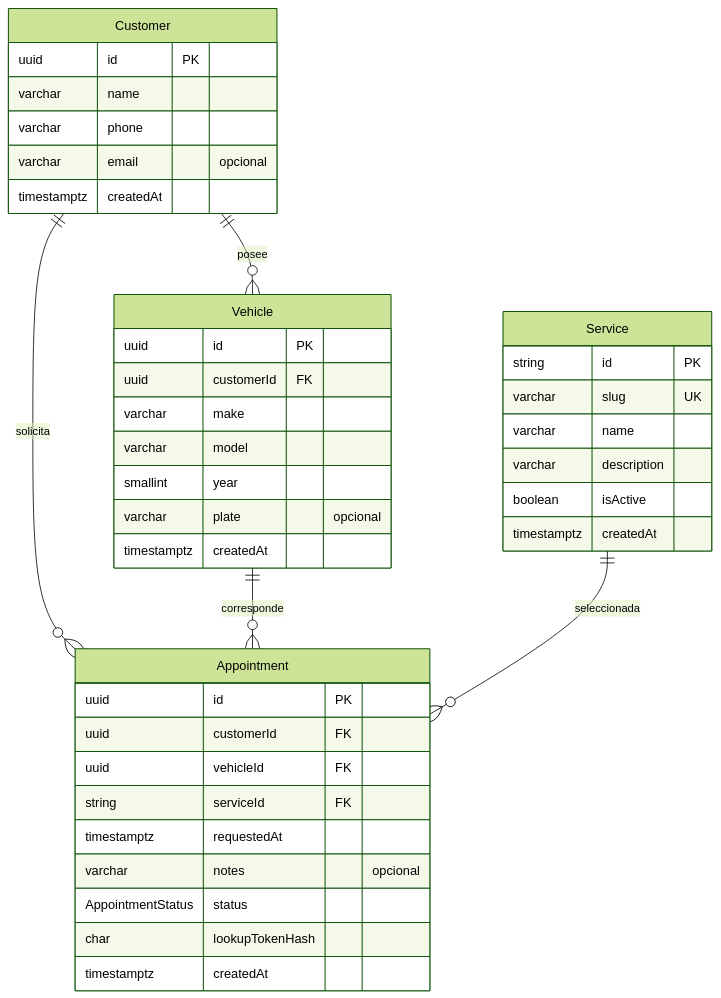
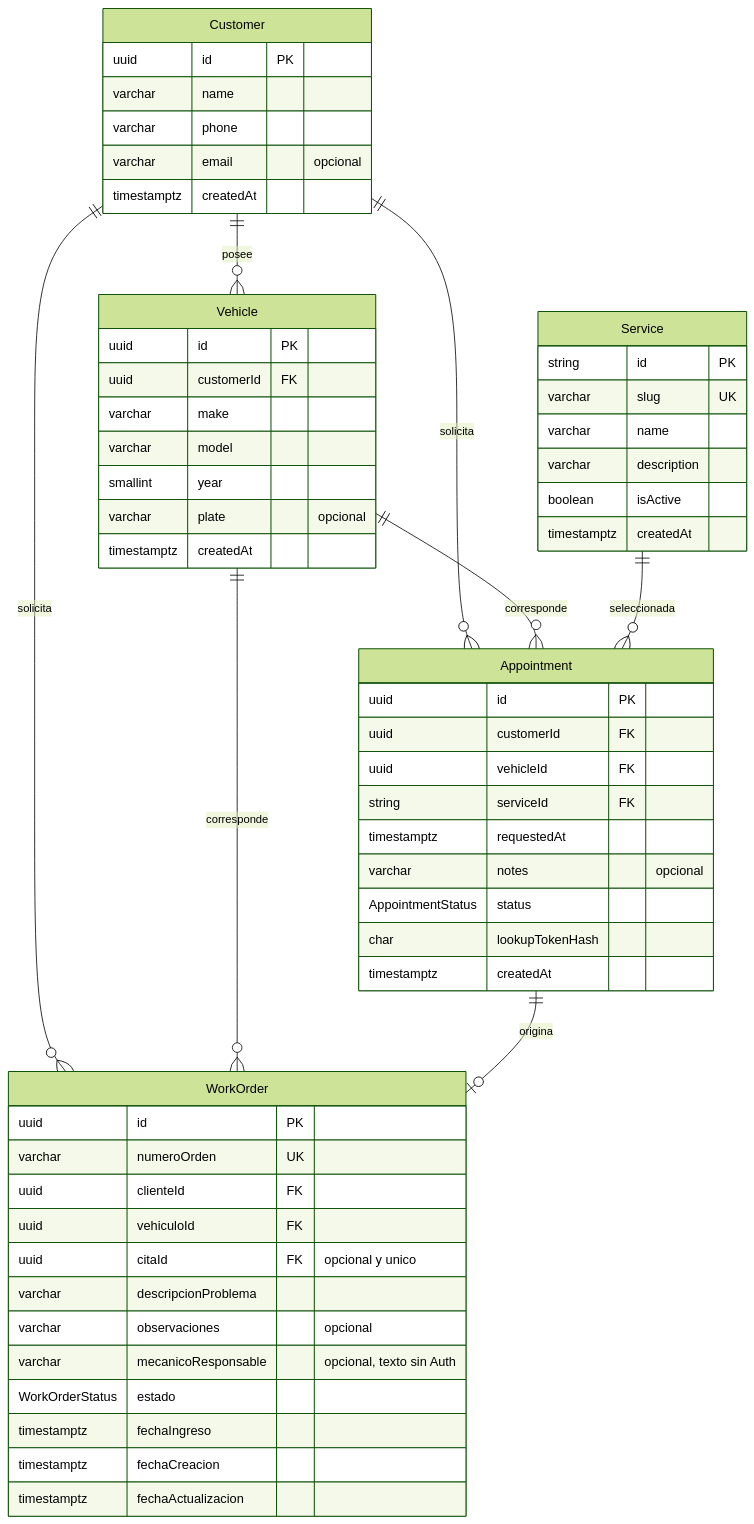
Before and after one commit to JohanM27/IS_Claros-Auto: the third of 3 diagrams in docs/arquitectura.md, drawn with Mermaid (forest theme). The commit also changed other lines of this file and 19 other files, not shown here.

````diff
--- a/docs/arquitectura.md
+++ b/docs/arquitectura.md
@@ -60,43 +62,60 @@
 ```mermaid
 erDiagram
   Customer ||--o{ Vehicle : posee
   Customer ||--o{ Appointment : solicita
   Vehicle ||--o{ Appointment : corresponde
   Service ||--o{ Appointment : seleccionada
+  Customer ||--o{ WorkOrder : solicita
+  Vehicle ||--o{ WorkOrder : corresponde
+  Appointment ||--o| WorkOrder : origina
 
   Customer {
     uuid id PK
     varchar name
     varchar phone
     varchar email "opcional"
     timestamptz createdAt
   }
   Vehicle {
     uuid id PK
     uuid customerId FK
     varchar make
     varchar model
     smallint year
     varchar plate "opcional"
     timestamptz createdAt
   }
   Service {
     string id PK
     varchar slug UK
     varchar name
     varchar description
     boolean isActive
     timestamptz createdAt
   }
   Appointment {
     uuid id PK
     uuid customerId FK
     uuid vehicleId FK
     string serviceId FK
     timestamptz requestedAt
     varchar notes "opcional"
     AppointmentStatus status
     char lookupTokenHash
     timestamptz createdAt
   }
+  WorkOrder {
+    uuid id PK
+    varchar numeroOrden UK
+    uuid clienteId FK
+    uuid vehiculoId FK
+    uuid citaId FK "opcional y unico"
+    varchar descripcionProblema
+    varchar observaciones "opcional"
+    varchar mecanicoResponsable "opcional, texto sin Auth"
+    WorkOrderStatus estado
+    timestamptz fechaIngreso
+    timestamptz fechaCreacion
+    timestamptz fechaActualizacion
+  }
 ```
````
